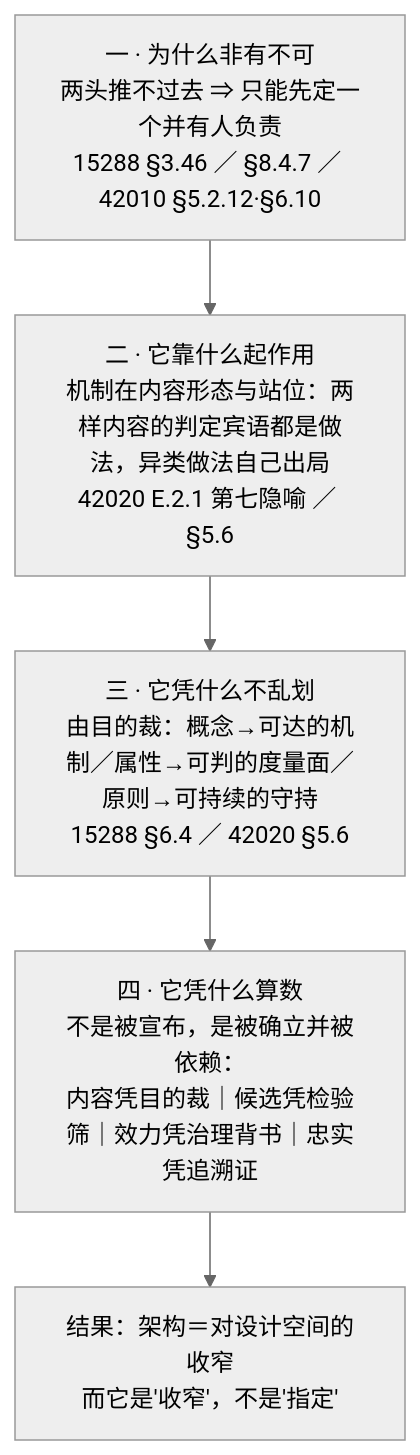
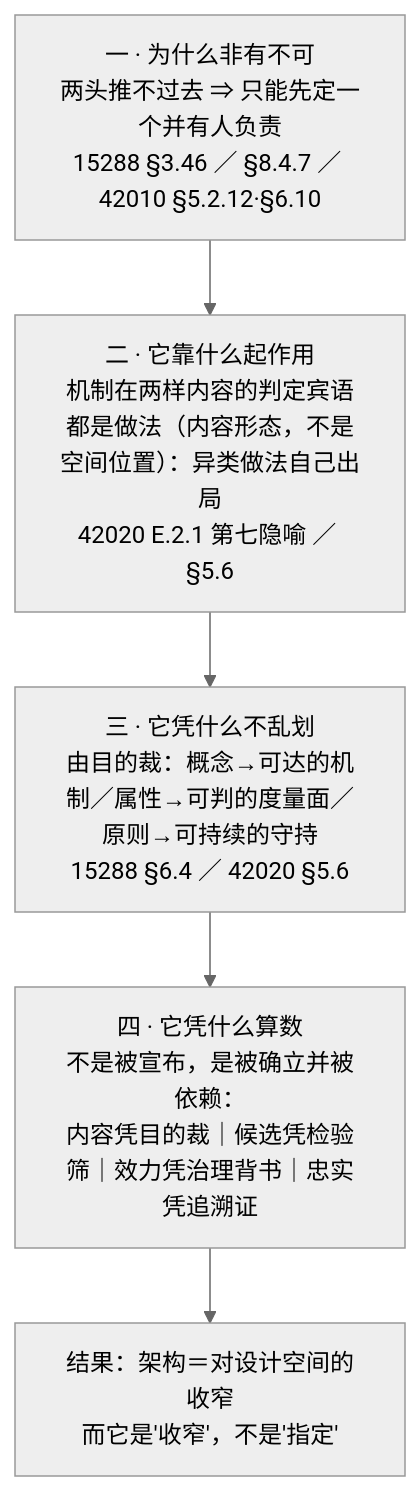
The first of 9 diagrams in 10-系统工程研究/00-系统工程相关研究报告/35-架构定义与视图设计研究报告-从意义目的到产品数据与四案例.md (Yongjunzhou/business-Engineering), drawn with Mermaid (neutral theme) before and after one commit. The commit also changed other lines of this file and 35 other files, not shown here.

````diff
--- a/10-系统工程研究/00-系统工程相关研究报告/35-架构定义与视图设计研究报告-从意义目的到产品数据与四案例.md
+++ b/10-系统工程研究/00-系统工程相关研究报告/35-架构定义与视图设计研究报告-从意义目的到产品数据与四案例.md
@@ -115,7 +115,7 @@
 ```mermaid
 flowchart TD
-    A["一 · 为什么非有不可<br/>两头推不过去 ⇒ 只能先定一个并有人负责<br/>15288 §3.46 ／ §8.4.7 ／ 42010 §5.2.12·§6.10"] --> B["二 · 它靠什么起作用<br/>机制在内容形态与站位：两样内容的判定宾语都是做法，异类做法自己出局<br/>42020 E.2.1 第七隐喻 ／ §5.6"]
+    A["一 · 为什么非有不可<br/>两头推不过去 ⇒ 只能先定一个并有人负责<br/>15288 §3.46 ／ §8.4.7 ／ 42010 §5.2.12·§6.10"] --> B["二 · 它靠什么起作用<br/>机制在两样内容的判定宾语都是做法（内容形态，不是空间位置）：异类做法自己出局<br/>42020 E.2.1 第七隐喻 ／ §5.6"]
     B --> C["三 · 它凭什么不乱划<br/>由目的裁：概念→可达的机制／属性→可判的度量面／原则→可持续的守持<br/>15288 §6.4 ／ 42020 §5.6"]
     C --> D["四 · 它凭什么算数<br/>不是被宣布，是被确立并被依赖：<br/>内容凭目的裁｜候选凭检验筛｜效力凭治理背书｜忠实凭追溯证"]
     D --> E["结果：架构＝对设计空间的收窄<br/>而它是'收窄'，不是'指定'"]
 ```
````
